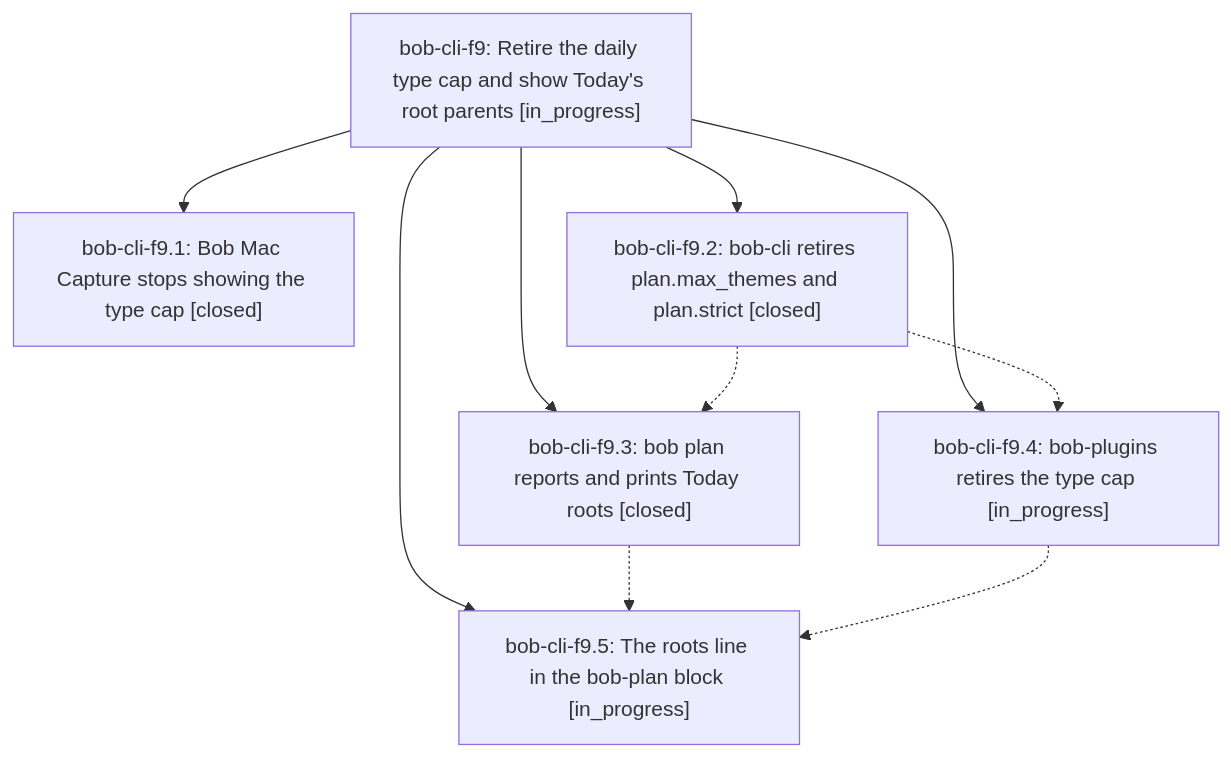
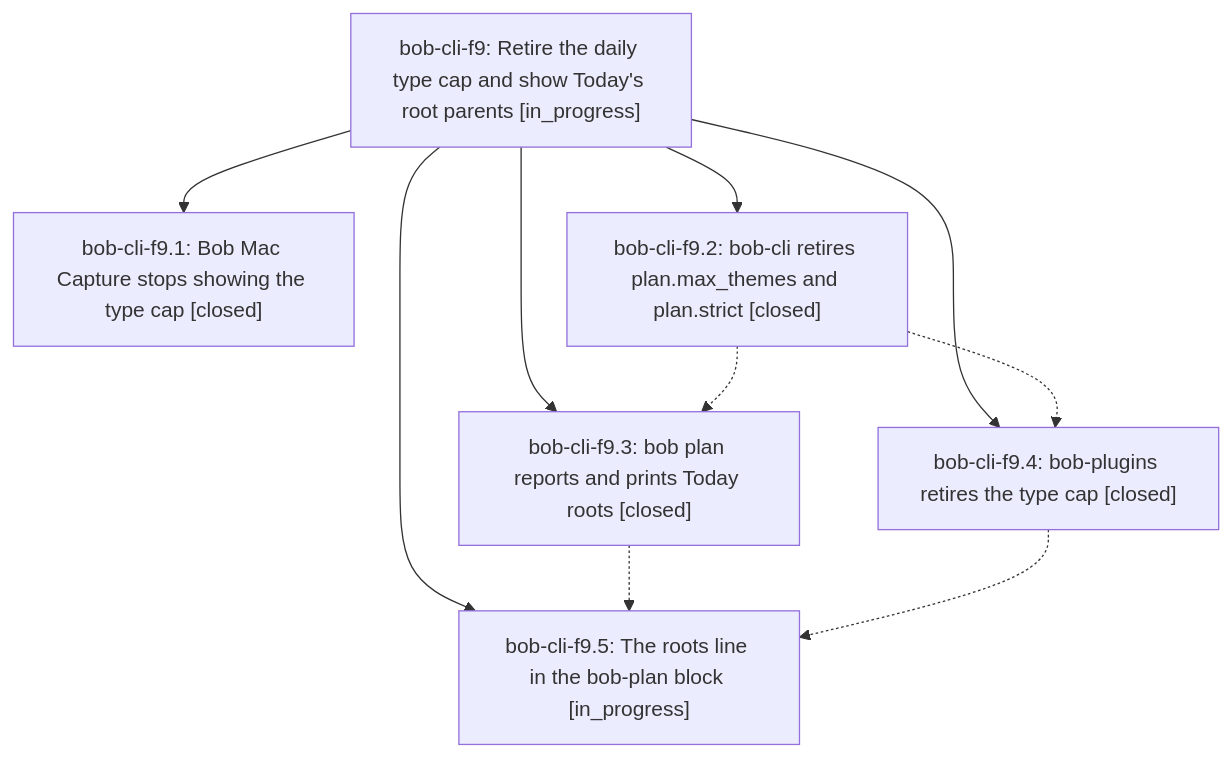
One commit to bobs-org/bob-cli--beads changed the diagram in pages/bob-cli-f9/README.md. Above: the diagram before and after it, drawn with Mermaid. The commit also changed other lines of this file and 4 other files, not shown here.

First line of the commit message:
chore(beads): sync bead state and pages for bob-cli-f9

````diff
--- a/pages/bob-cli-f9/README.md
+++ b/pages/bob-cli-f9/README.md
@@ -38,18 +38,18 @@
 ```mermaid
 flowchart TD
     n0["bob-cli-f9: Retire the daily type cap and show Today's root parents [in_progress]"]
     n1["bob-cli-f9.1: Bob Mac Capture stops showing the type cap [closed]"]
     n2["bob-cli-f9.2: bob-cli retires plan.max_themes and plan.strict [closed]"]
     n3["bob-cli-f9.3: bob plan reports and prints Today roots [closed]"]
-    n4["bob-cli-f9.4: bob-plugins retires the type cap [in_progress]"]
+    n4["bob-cli-f9.4: bob-plugins retires the type cap [closed]"]
     n5["bob-cli-f9.5: The roots line in the bob-plan block [in_progress]"]
     n0 --> n1
     n0 --> n2
     n0 --> n3
     n0 --> n4
     n0 --> n5
     n2 -.-> n3
     n2 -.-> n4
     n3 -.-> n5
     n4 -.-> n5
 ```
````
